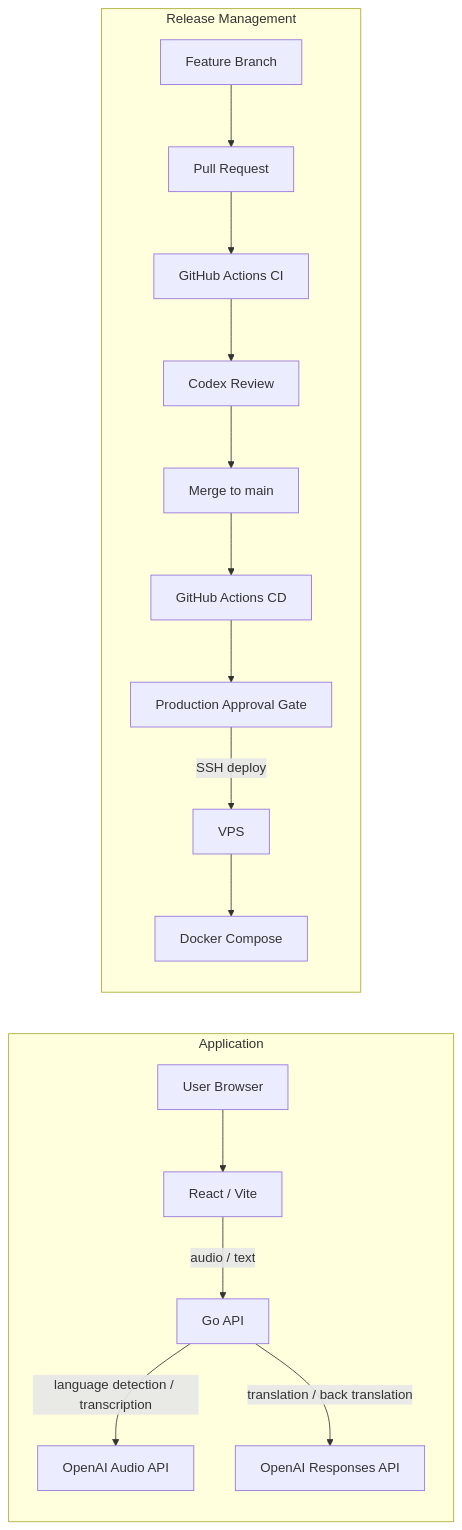
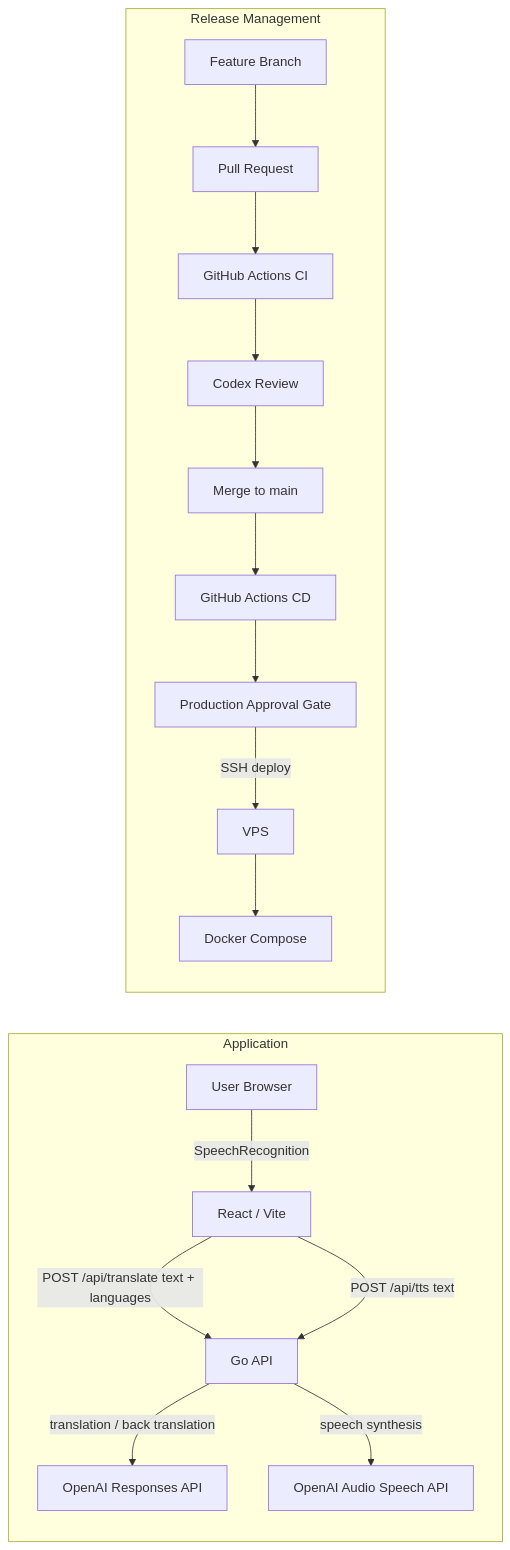
Before and after one commit to shin-arita/gotalk: the diagram in README.md, drawn with Mermaid. The commit also changed other lines of this file and 13 other files, not shown here.

````diff
--- a/README.md
+++ b/README.md
@@ -47,20 +46,21 @@
 ```mermaid
 flowchart LR
   subgraph App[Application]
-    User[User Browser] --> Frontend[React / Vite]
-    Frontend -->|audio / text| Backend[Go API]
-    Backend -->|language detection / transcription| Audio[OpenAI Audio API]
+    User[User Browser] -->|SpeechRecognition| Frontend[React / Vite]
+    Frontend -->|POST /api/translate text + languages| Backend[Go API]
+    Frontend -->|POST /api/tts text| Backend
     Backend -->|translation / back translation| Responses[OpenAI Responses API]
+    Backend -->|speech synthesis| Speech[OpenAI Audio Speech API]
   end
 
   subgraph Release[Release Management]
     Feature[Feature Branch] --> PR[Pull Request]
     PR --> CI[GitHub Actions CI]
     CI --> Review[Codex Review]
     Review --> Main[Merge to main]
     Main --> CD[GitHub Actions CD]
     CD --> Approval[Production Approval Gate]
     Approval -->|SSH deploy| VPS[VPS]
     VPS --> Docker[Docker Compose]
   end
 ```
````
